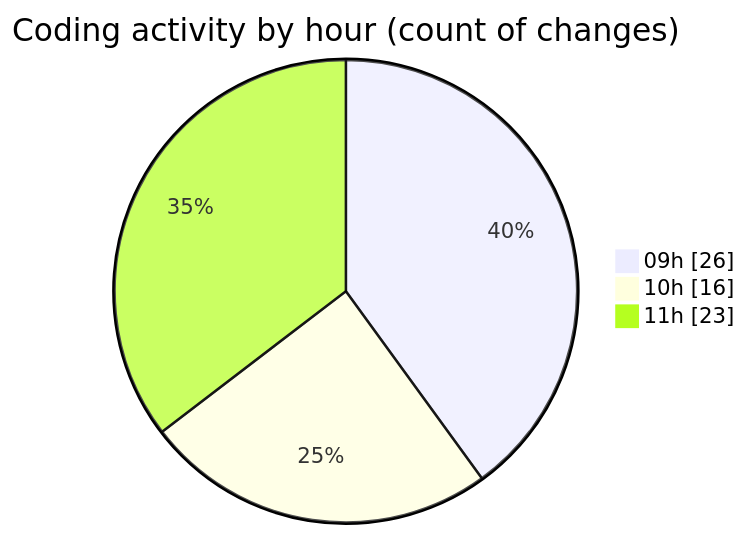
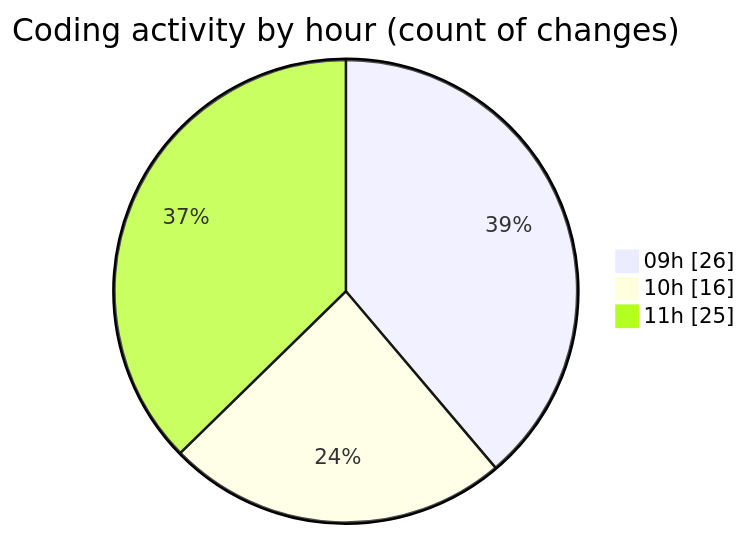
Before and after one commit to momahboobian/code-tracking: the second of 2 diagrams in 2025-11-17/cda/README.md, drawn with Mermaid. The commit also changed other lines of this file and 1 other file, not shown here.

````diff
--- a/2025-11-17/cda/README.md
+++ b/2025-11-17/cda/README.md
@@ -35,7 +35,7 @@
 ```mermaid
 pie showData
 title Coding activity by hour (count of changes)
 "09h" : 26
 "10h" : 16
-"11h" : 23
+"11h" : 25
 ```
````
